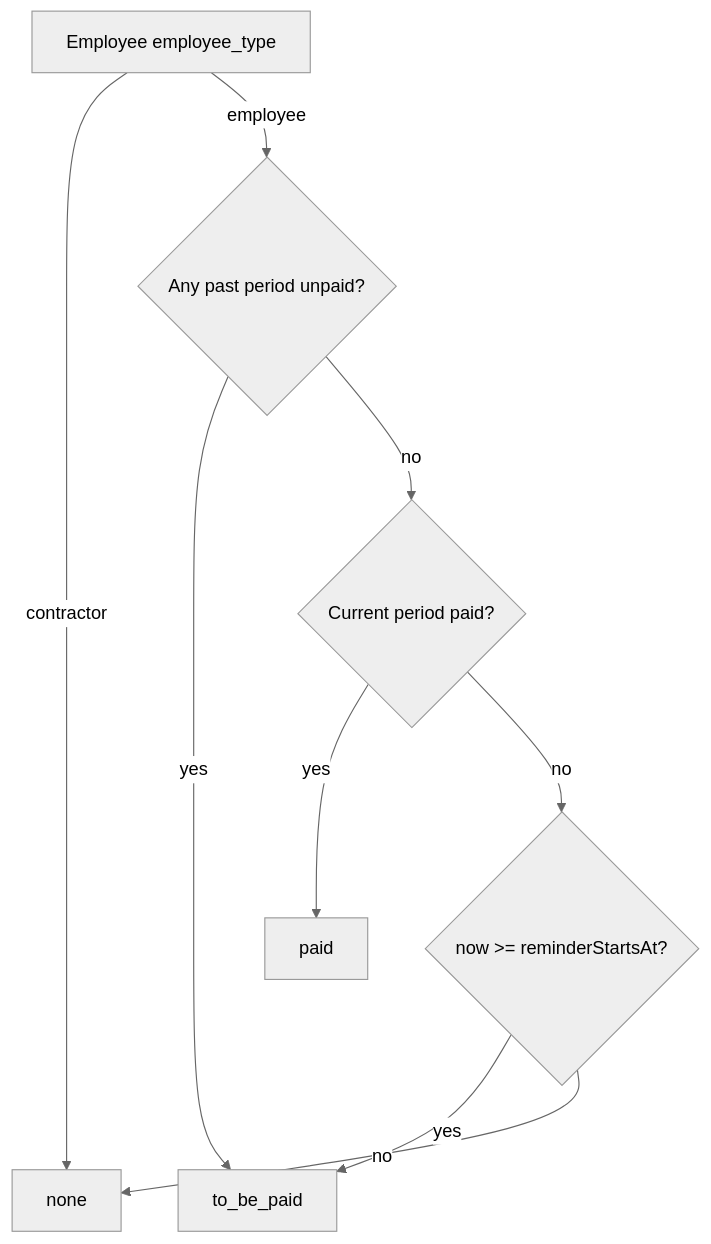
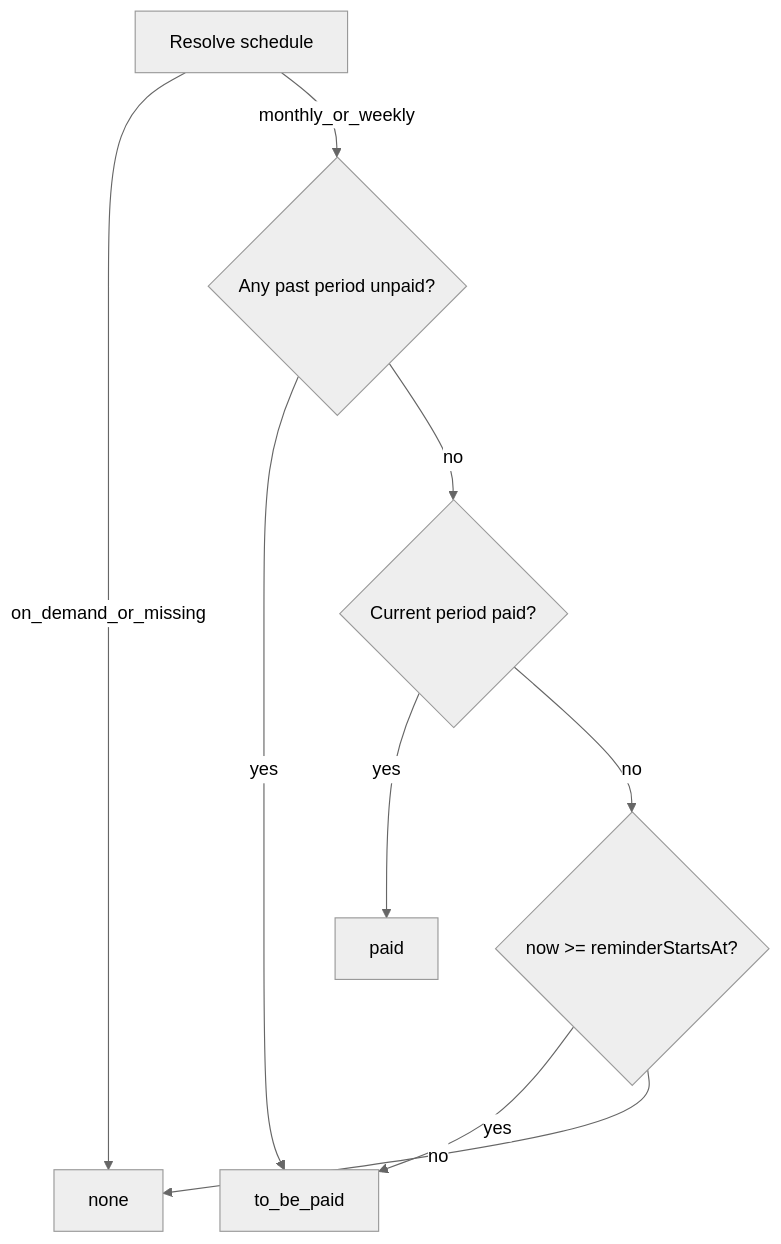
Before and after one commit to aidai524/SalaryFlow: the diagram in docs/pay-status.md, drawn with Mermaid (neutral theme). The commit also changed other lines of this file and 35 other files, not shown here.

````diff
--- a/docs/pay-status.md
+++ b/docs/pay-status.md
@@ -85,11 +87,11 @@
 ```mermaid
 flowchart TD
-  start[Employee employee_type] -->|contractor| noneBadge[none]
-  start -->|employee| arrears{Any past period unpaid?}
+  start[Resolve schedule] -->|on_demand_or_missing| noneBadge[none]
+  start -->|monthly_or_weekly| arrears{Any past period unpaid?}
   arrears -->|yes| toBePaid[to_be_paid]
   arrears -->|no| currentPaid{Current period paid?}
   currentPaid -->|yes| paidBadge[paid]
   currentPaid -->|no| inWindow{now >= reminderStartsAt?}
   inWindow -->|yes| toBePaid
   inWindow -->|no| noneBadge
 ```
````
